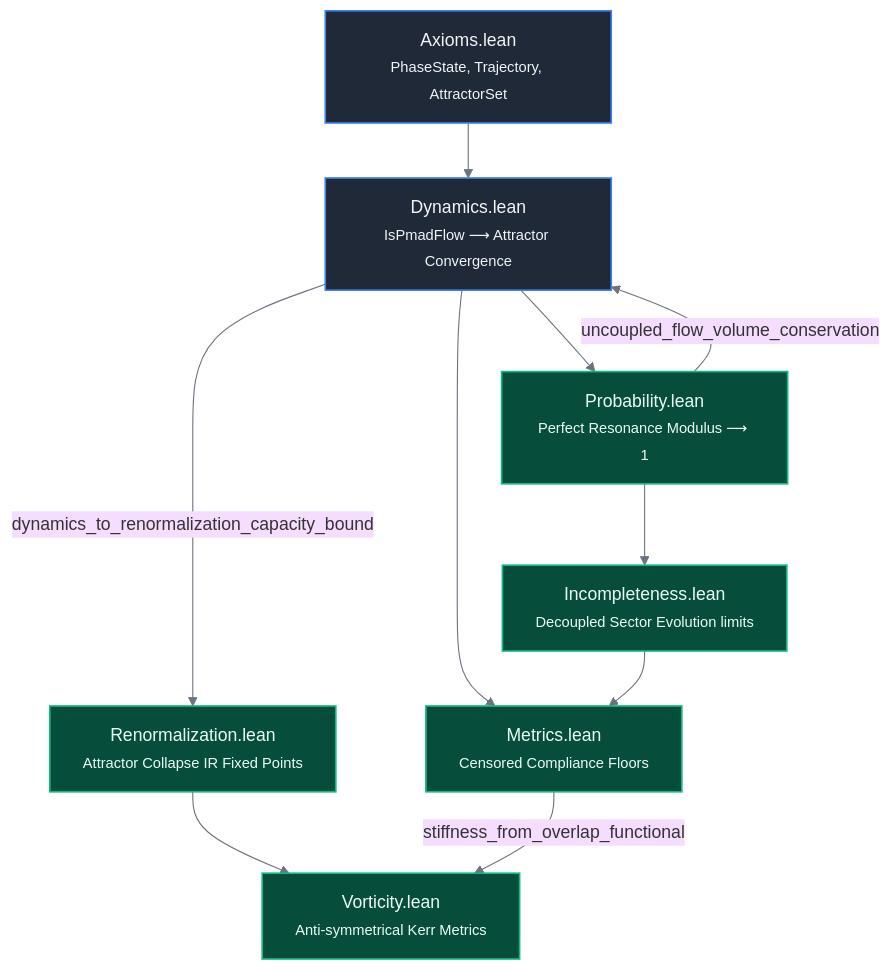
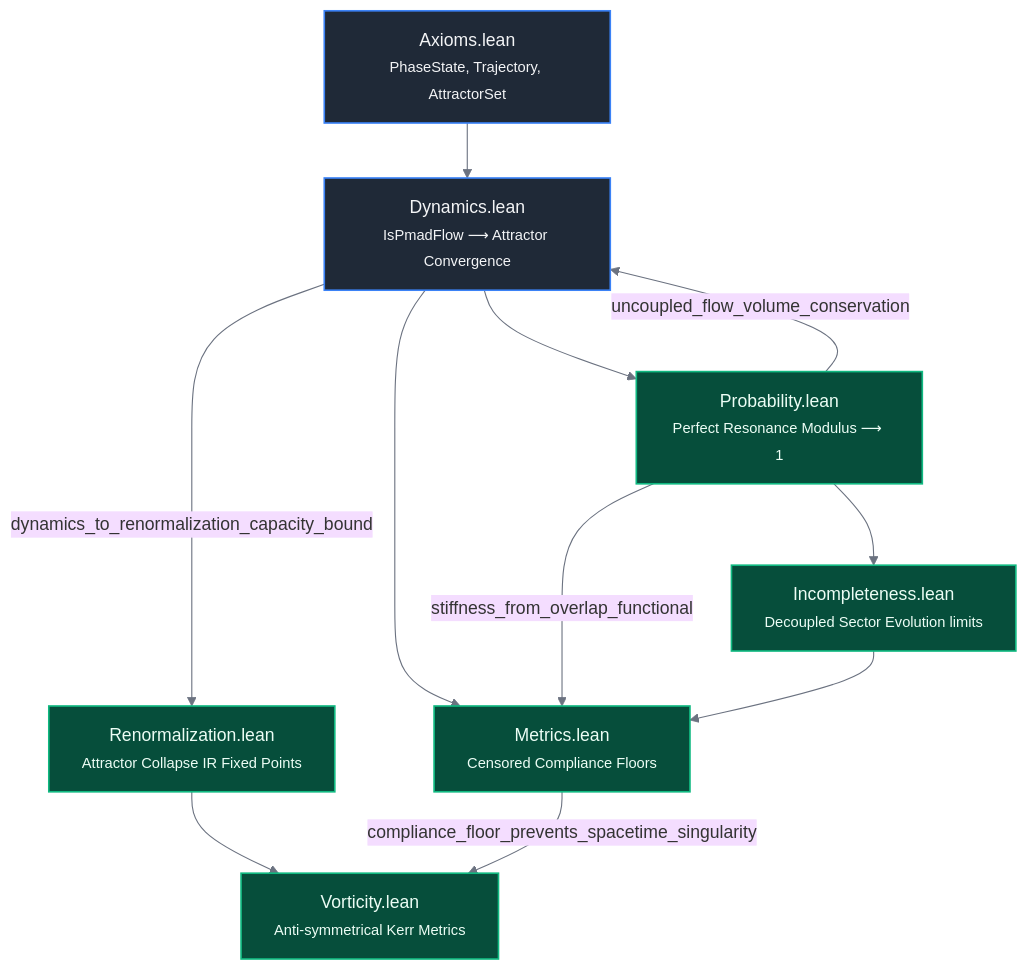
Before and after one commit to cinquemb/PMAD-lean: the diagram in README.md, drawn with Mermaid (base theme). The commit also changed other lines of this file, not shown here.

````diff
--- a/README.md
+++ b/README.md
@@ -24,26 +24,27 @@
 ```mermaid
 graph TD
     %% Nodes Style Configuration
     classDef default fill:#1f2328,stroke:#30363d,stroke-width:1px,color:#e6edf3;
     classDef primary fill:#1f2937,stroke:#3b82f6,stroke-width:1.5px,color:#f3f4f6;
     classDef success fill:#064e3b,stroke:#10b981,stroke-width:1.5px,color:#ecfdf5;
 
     %% Workflow Connections
     A[Axioms.lean<br><small>PhaseState, Trajectory, AttractorSet</small>]:::primary --> B[Dynamics.lean<br><small>IsPmadFlow ⟶ Attractor Convergence</small>]:::primary
     
     B --> C[Probability.lean<br><small>Perfect Resonance Modulus ⟶ 1</small>]:::success
     B --> D[Metrics.lean<br><small>Censored Compliance Floors</small>]:::success
     
     C --> G[Incompleteness.lean<br><small>Decoupled Sector Evolution limits</small>]:::success
     
     %% Inter-module link loops
     C -- "uncoupled_flow_volume_conservation" --> B
+    C -- "stiffness_from_overlap_functional" --> D
     B -- "dynamics_to_renormalization_capacity_bound" --> E[Renormalization.lean<br><small>Attractor Collapse IR Fixed Points</small>]:::success
     E --> F[Vorticity.lean<br><small>Anti-symmetrical Kerr Metrics</small>]:::success
-    D -- "stiffness_from_overlap_functional" --> F
+    D -- "compliance_floor_prevents_spacetime_singularity" --> F
     
     G --> D
 
     %% Link adjustments
     linkStyle default stroke:#6b7280,stroke-width:1px;
 ```
````
